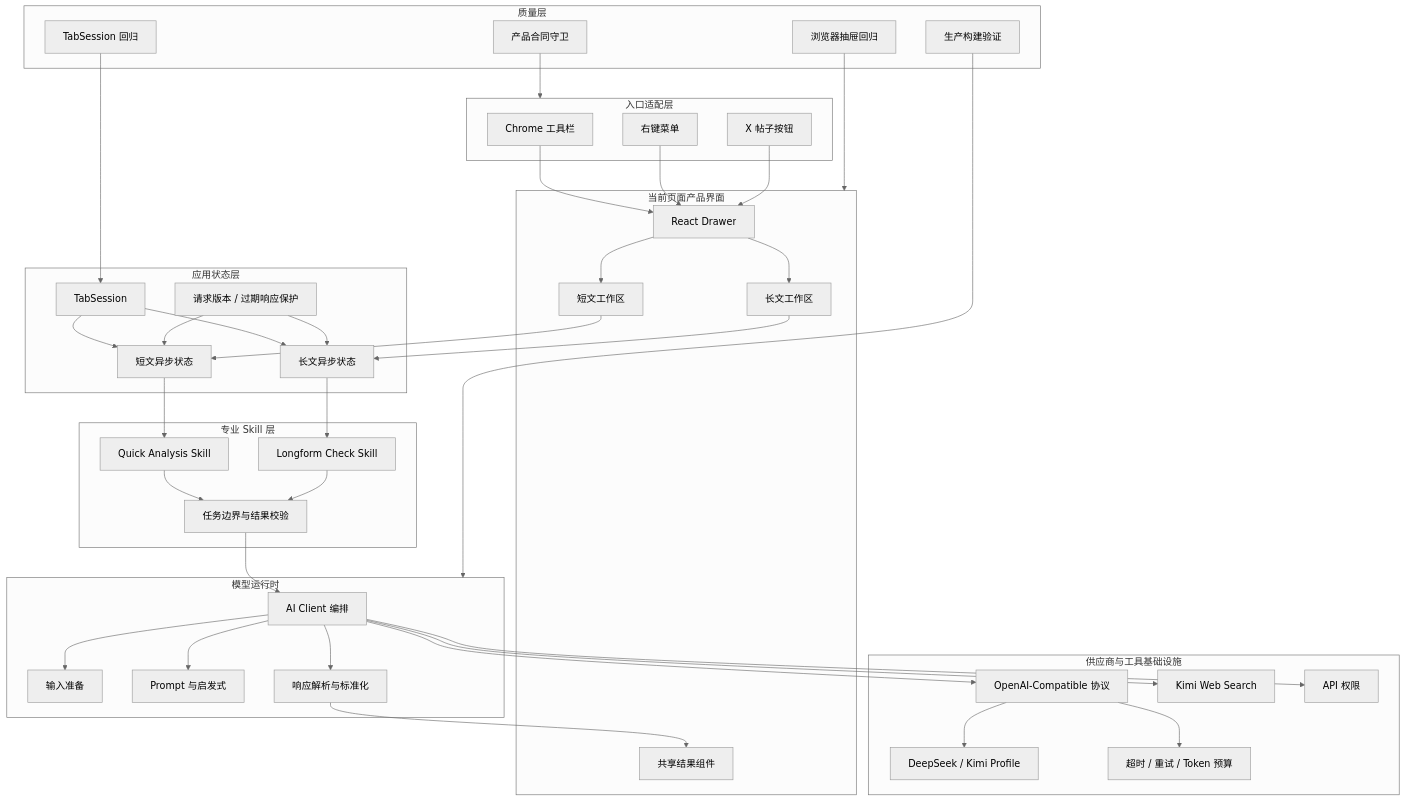
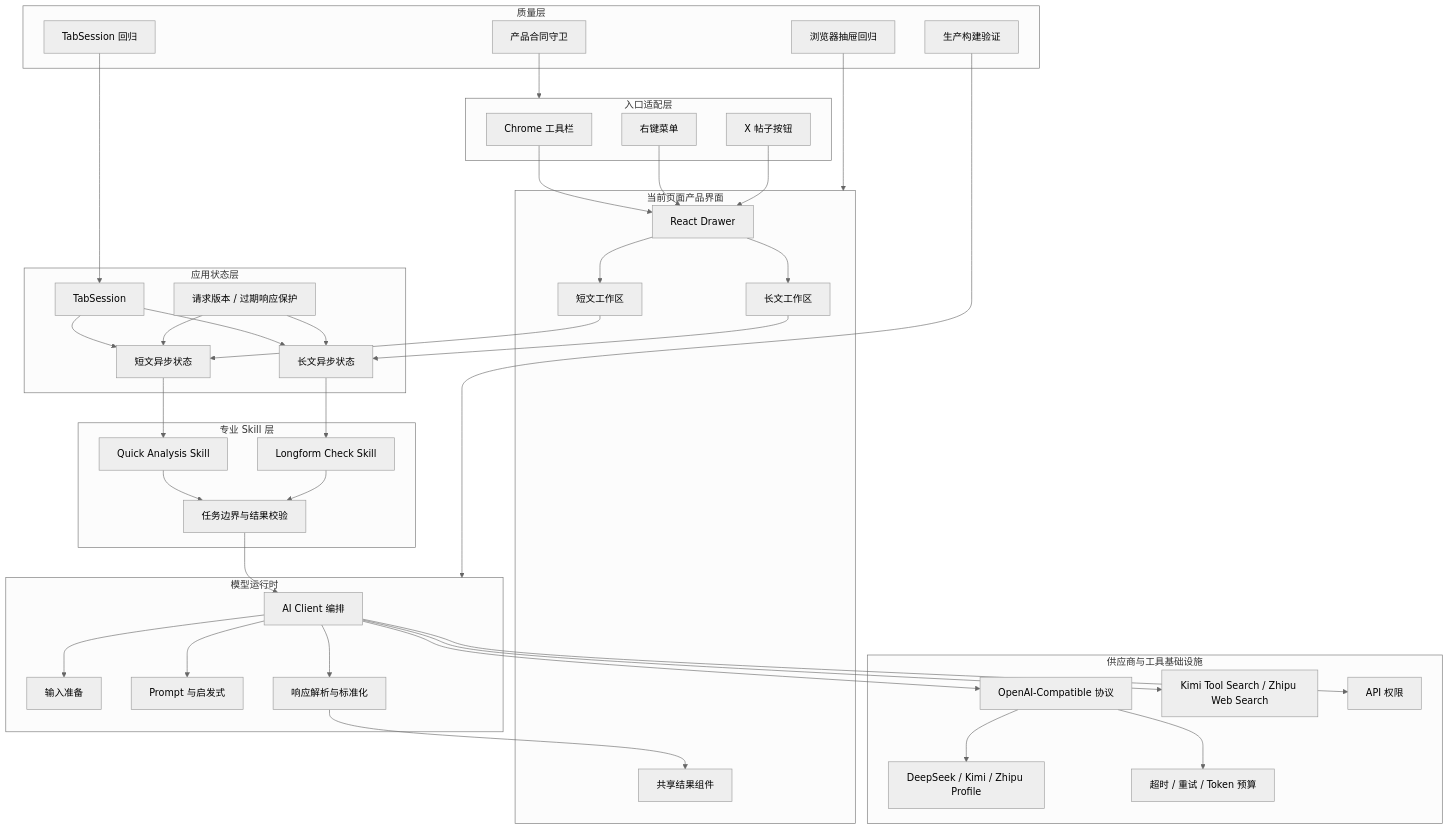
One commit to tcitrhao/reality-splitter changed the diagram in docs/PRODUCT_TECH_ARCHITECTURE.md. Above: the diagram before and after it, drawn with Mermaid (neutral theme). The commit also changed other lines of this file and 22 other files, not shown here.

Commit message:
feat: add Zhipu search to longform analysis

````diff
--- a/docs/PRODUCT_TECH_ARCHITECTURE.md
+++ b/docs/PRODUCT_TECH_ARCHITECTURE.md
@@ -49,80 +49,80 @@
 ```mermaid
 flowchart TD
     subgraph ENTRY["入口适配层"]
         A1["Chrome 工具栏"]
         A2["右键菜单"]
         A3["X 帖子按钮"]
     end
 
     subgraph SURFACE["当前页面产品界面"]
         B1["React Drawer"]
         B2["短文工作区"]
         B3["长文工作区"]
         B4["共享结果组件"]
     end
 
     subgraph APP["应用状态层"]
         C1["TabSession"]
         C2["短文异步状态"]
         C3["长文异步状态"]
         C4["请求版本 / 过期响应保护"]
     end
 
     subgraph SKILL["专业 Skill 层"]
         D1["Quick Analysis Skill"]
         D2["Longform Check Skill"]
         D3["任务边界与结果校验"]
     end
 
     subgraph RUNTIME["模型运行时"]
         E1["AI Client 编排"]
         E2["输入准备"]
         E3["Prompt 与启发式"]
         E4["响应解析与标准化"]
     end
 
     subgraph INFRA["供应商与工具基础设施"]
         F1["OpenAI-Compatible 协议"]
-        F2["DeepSeek / Kimi Profile"]
+        F2["DeepSeek / Kimi / Zhipu Profile"]
         F3["超时 / 重试 / Token 预算"]
-        F4["Kimi Web Search"]
+        F4["Kimi Tool Search / Zhipu Web Search"]
         F5["API 权限"]
     end
 
     subgraph QUALITY["质量层"]
         G1["产品合同守卫"]
         G2["TabSession 回归"]
         G3["生产构建验证"]
         G4["浏览器抽屉回归"]
     end
 
     A1 --> B1
     A2 --> B1
     A3 --> B1
     B1 --> B2
     B1 --> B3
     B2 --> C2
     B3 --> C3
     C1 --> C2
     C1 --> C3
     C4 --> C2
     C4 --> C3
     C2 --> D1
     C3 --> D2
     D1 --> D3
     D2 --> D3
     D3 --> E1
     E1 --> E2
     E1 --> E3
     E1 --> E4
     E1 --> F1
     F1 --> F2
     F1 --> F3
     E1 --> F4
     E1 --> F5
     E4 --> B4
     G1 --> ENTRY
     G2 --> C1
     G3 --> RUNTIME
     G4 --> SURFACE
 ```
````
